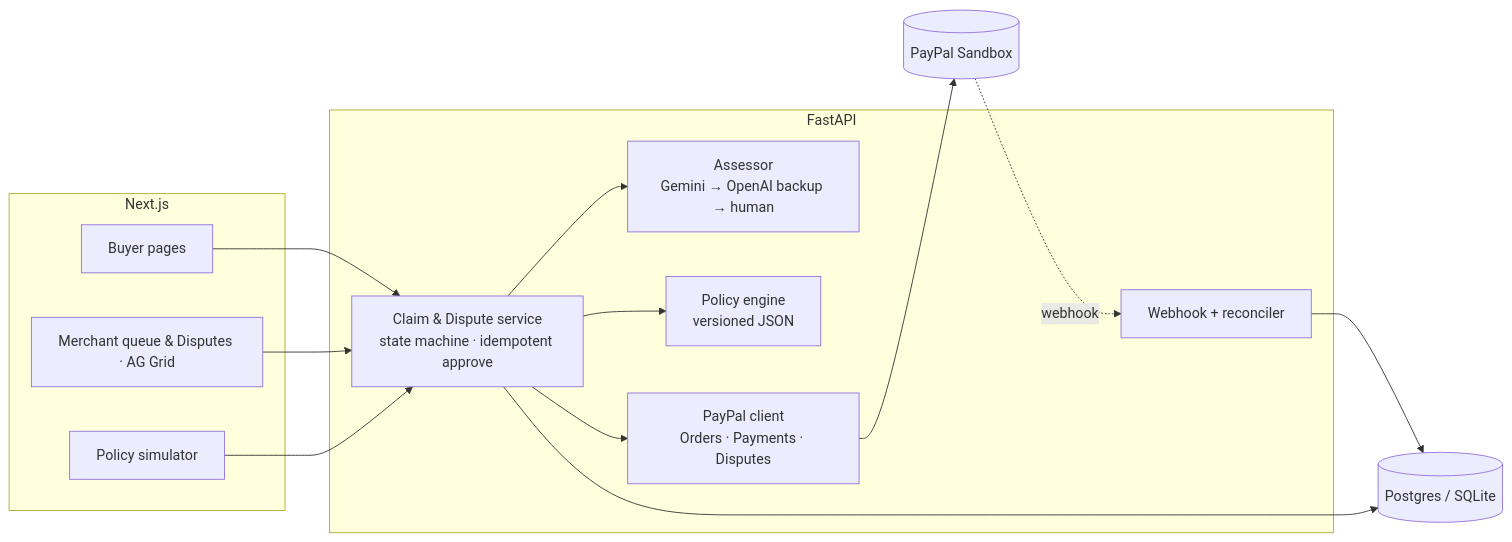
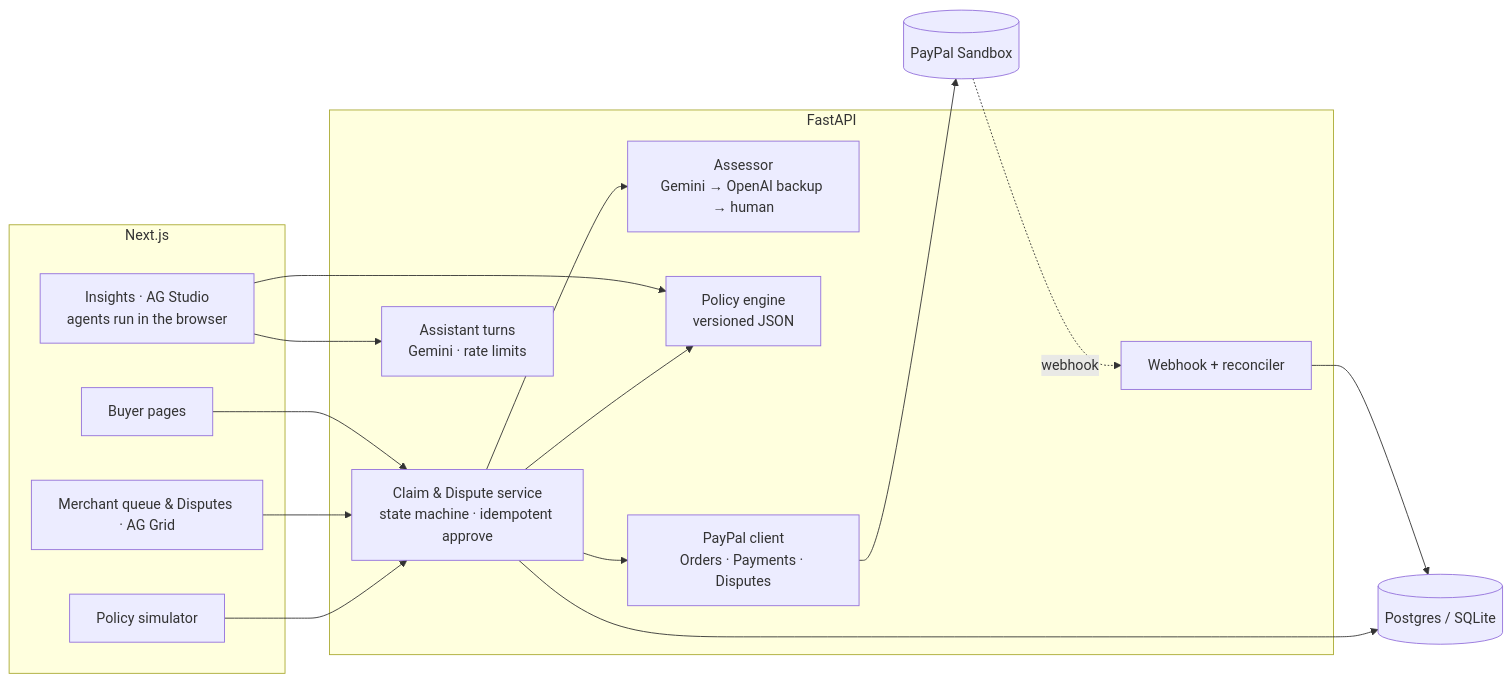
The diagram in README.md (gujguygfuiyf/refundpilot), drawn with Mermaid before and after one commit. The commit also changed other lines of this file and 32 other files, not shown here.

First line of the commit message:
Insights page on AG Studio: custom widget, theme, editable layout and an assistant served by Gemini (#4)

````diff
--- a/README.md
+++ b/README.md
@@ -67,22 +112,26 @@
 ```mermaid
 flowchart LR
     subgraph Web["Next.js"]
         B[Buyer pages]
         M[Merchant queue & Disputes · AG Grid]
         S[Policy simulator]
+        I[Insights · AG Studio<br/>agents run in the browser]
     end
     subgraph API["FastAPI"]
         CS[Claim & Dispute service<br/>state machine · idempotent approve]
         AI[Assessor<br/>Gemini → OpenAI backup → human]
         PE[Policy engine<br/>versioned JSON]
         PP[PayPal client<br/>Orders · Payments · Disputes]
         WH[Webhook + reconciler]
+        AT[Assistant turns<br/>Gemini · rate limits]
     end
     DB[(Postgres / SQLite)]
     B & M & S --> CS
+    I --> AT
+    I --> PE
     CS --> AI
     CS --> PE
     CS --> PP --> PAYPAL[(PayPal Sandbox)]
     PAYPAL -. webhook .-> WH --> DB
     CS --> DB
 ```
````
